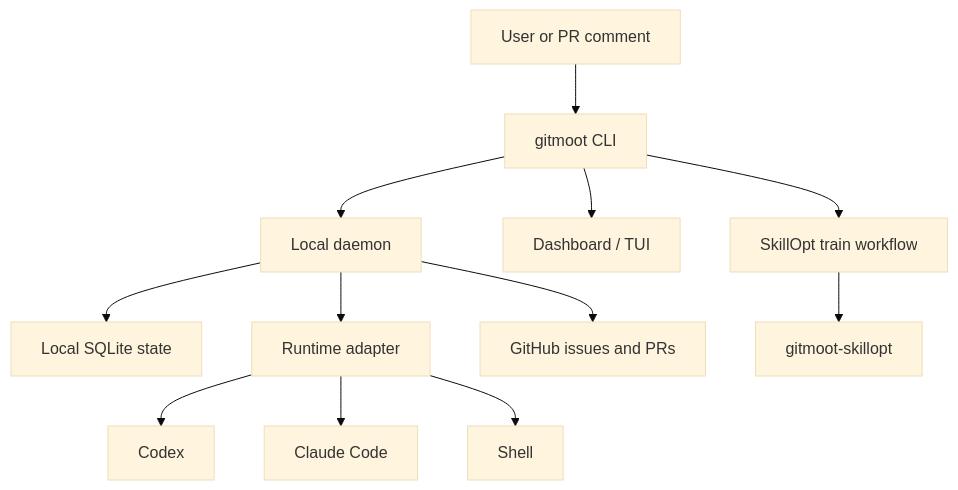
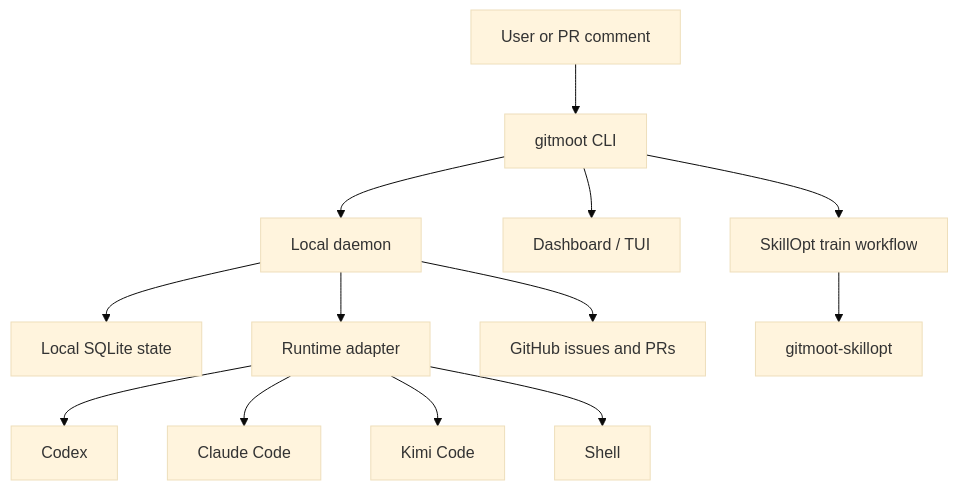
The first of 2 diagrams in website/docs/intro.md (plotarmordev/gitmoot), drawn with Mermaid (base theme) before and after one commit. The commit also changed other lines of this file and 10 other files, not shown here.

````diff
--- a/website/docs/intro.md
+++ b/website/docs/intro.md
@@ -29,14 +30,15 @@
 ```mermaid
 flowchart TD
   User[User or PR comment] --> CLI[gitmoot CLI]
   CLI --> Daemon[Local daemon]
   CLI --> Dashboard[Dashboard / TUI]
   Daemon --> DB[Local SQLite state]
   Daemon --> Runtime[Runtime adapter]
   Runtime --> Codex[Codex]
   Runtime --> Claude[Claude Code]
+  Runtime --> Kimi[Kimi Code]
   Runtime --> Shell[Shell]
   Daemon --> GitHub[GitHub issues and PRs]
   CLI --> SkillOpt[SkillOpt train workflow]
   SkillOpt --> Optimizer[gitmoot-skillopt]
 ```
````
